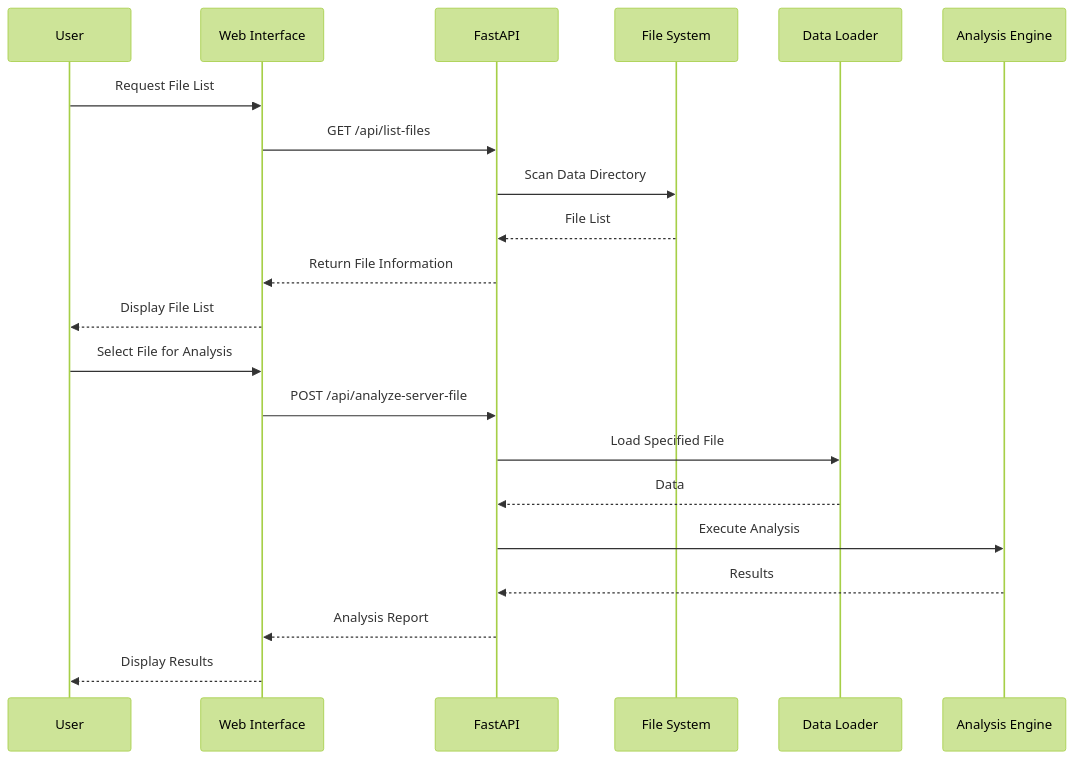
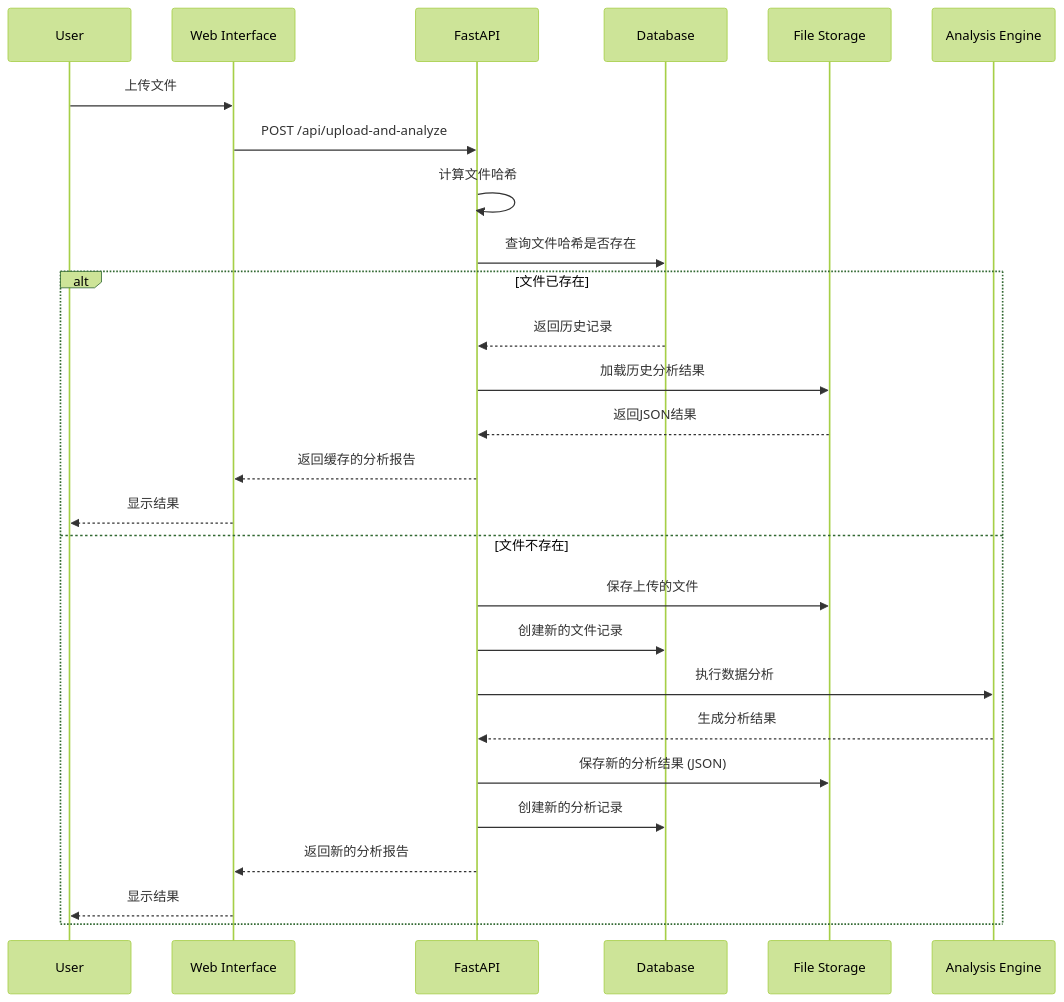
Before and after one commit to bahayonghang/data_report: the second of 2 diagrams in docs/architecture/overview.md, drawn with Mermaid (forest theme). The commit also changed other lines of this file and 14 other files, not shown here.

````diff
--- a/docs/architecture/overview.md
+++ b/docs/architecture/overview.md
@@ -246,25 +111,30 @@
 ```mermaid
 sequenceDiagram
     participant U as User
     participant W as Web Interface
     participant A as FastAPI
-    participant F as File System
-    participant D as Data Loader
+    participant DB as Database
+    participant FS as File Storage
     participant E as Analysis Engine
-    
-    U->>W: Request File List
-    W->>A: GET /api/list-files
-    A->>F: Scan Data Directory
-    F-->>A: File List
-    A-->>W: Return File Information
-    W-->>U: Display File List
-    
-    U->>W: Select File for Analysis
-    W->>A: POST /api/analyze-server-file
-    A->>D: Load Specified File
-    D-->>A: Data
-    A->>E: Execute Analysis
-    E-->>A: Results
-    A-->>W: Analysis Report
-    W-->>U: Display Results
+
+    U->>W: 上传文件
+    W->>A: POST /api/upload-and-analyze
+    A->>A: 计算文件哈希
+    A->>DB: 查询文件哈希是否存在
+    alt 文件已存在
+        DB-->>A: 返回历史记录
+        A->>FS: 加载历史分析结果
+        FS-->>A: 返回JSON结果
+        A-->>W: 返回缓存的分析报告
+        W-->>U: 显示结果
+    else 文件不存在
+        A->>FS: 保存上传的文件
+        A->>DB: 创建新的文件记录
+        A->>E: 执行数据分析
+        E-->>A: 生成分析结果
+        A->>FS: 保存新的分析结果 (JSON)
+        A->>DB: 创建新的分析记录
+        A-->>W: 返回新的分析报告
+        W-->>U: 显示结果
+    end
 ```
````
